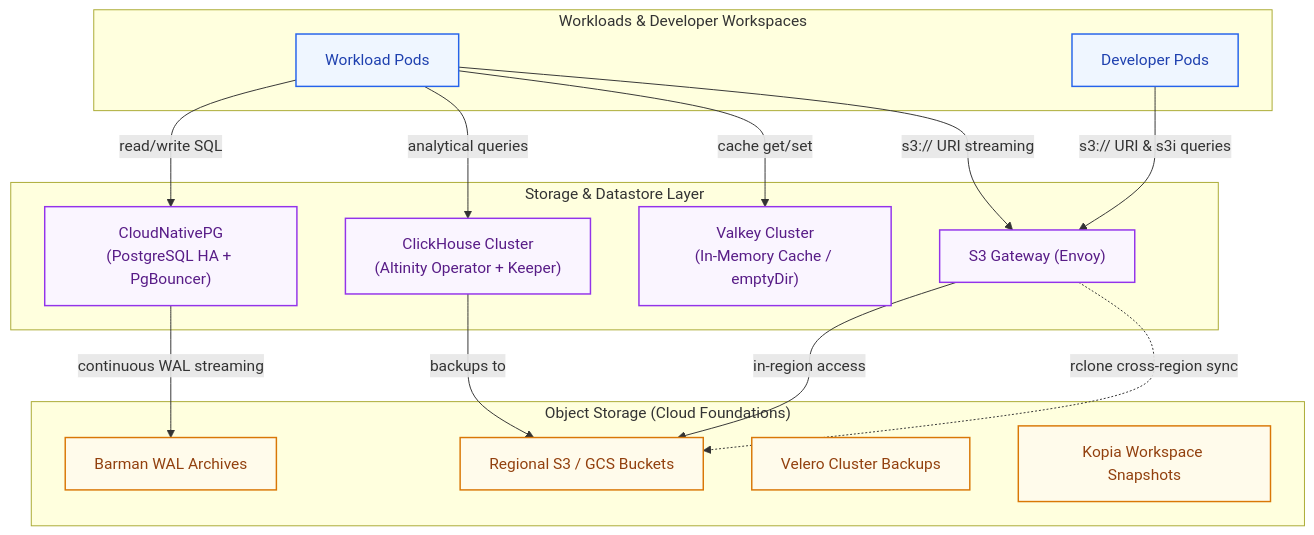
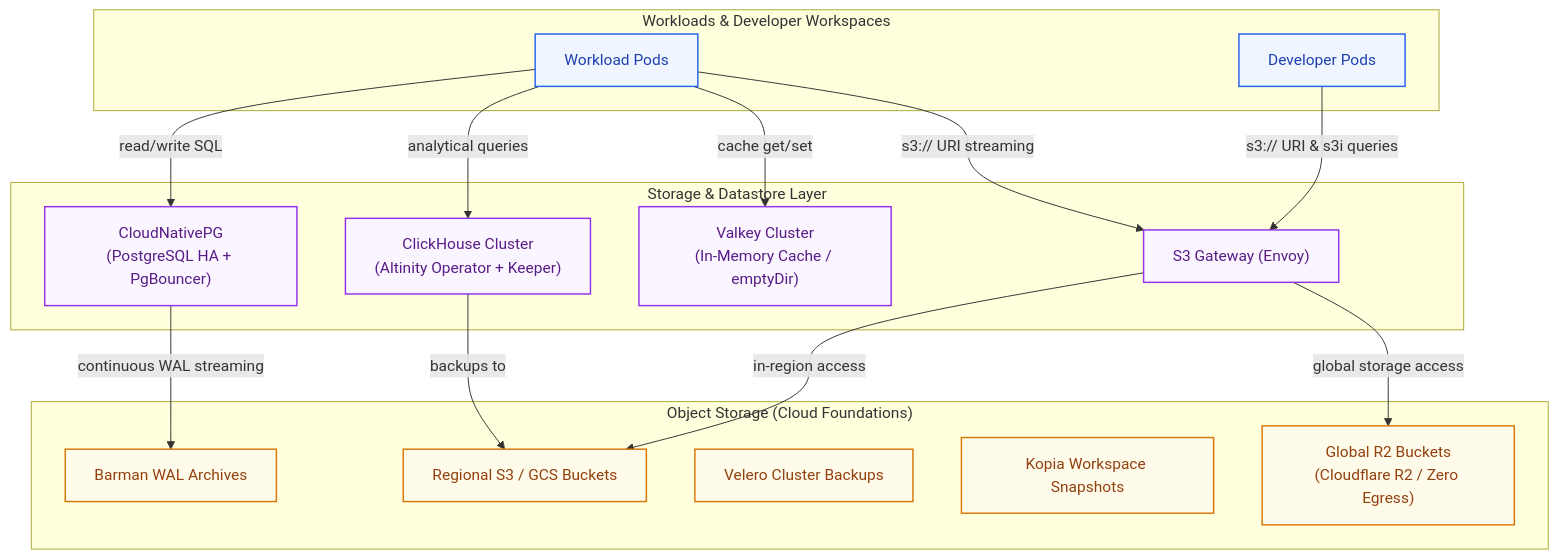
The fifth of 7 diagrams in src/infra/docs/operator.md (simonepri/openplex), drawn with Mermaid before and after one commit. The commit also changed other lines of this file and 158 other files, not shown here.

Commit message:
fix(platform): vendor helm charts, refresh dependencies, and update documentation

````diff
--- a/src/infra/docs/operator.md
+++ b/src/infra/docs/operator.md
@@ -796,40 +863,41 @@
 ```mermaid
 flowchart TD
     subgraph apps["Workloads & Developer Workspaces"]
         Workload["Workload Pods"]
         DevPod["Developer Pods"]
     end
 
     subgraph storage_tier["Storage & Datastore Layer"]
         PG["CloudNativePG<br/>(PostgreSQL HA + PgBouncer)"]
         CH["ClickHouse Cluster<br/>(Altinity Operator + Keeper)"]
         VK["Valkey Cluster<br/>(In-Memory Cache / emptyDir)"]
         S3G["S3 Gateway (Envoy)"]
     end
 
     subgraph cloud_storage["Object Storage (Cloud Foundations)"]
         S3Bucket["Regional S3 / GCS Buckets"]
         BarmanObj["Barman WAL Archives"]
         VeleroObj["Velero Cluster Backups"]
         KopiaObj["Kopia Workspace Snapshots"]
+        R2Bucket["Global R2 Buckets<br/>(Cloudflare R2 / Zero Egress)"]
     end
 
     Workload -->|read/write SQL| PG
     Workload -->|analytical queries| CH
     Workload -->|cache get/set| VK
     Workload -->|s3:// URI streaming| S3G
     DevPod -->|s3:// URI & s3i queries| S3G
 
     PG -->|continuous WAL streaming| BarmanObj
     CH -->|backups to| S3Bucket
     S3G -->|in-region access| S3Bucket
-    S3G -.->|rclone cross-region sync| S3Bucket
+    S3G -->|global storage access| R2Bucket
 
     classDef app fill:#eff6ff,stroke:#2563eb,stroke-width:1.5px,color:#1e40af;
     classDef store fill:#faf5ff,stroke:#9333ea,stroke-width:1.5px,color:#581c87;
     classDef cloud fill:#fffbeb,stroke:#d97706,stroke-width:1.5px,color:#92400e;
 
     class Workload,DevPod app;
     class PG,CH,VK,S3G store;
-    class S3Bucket,BarmanObj,VeleroObj,KopiaObj cloud;
+    class S3Bucket,BarmanObj,VeleroObj,KopiaObj,R2Bucket cloud;
 ```
````
